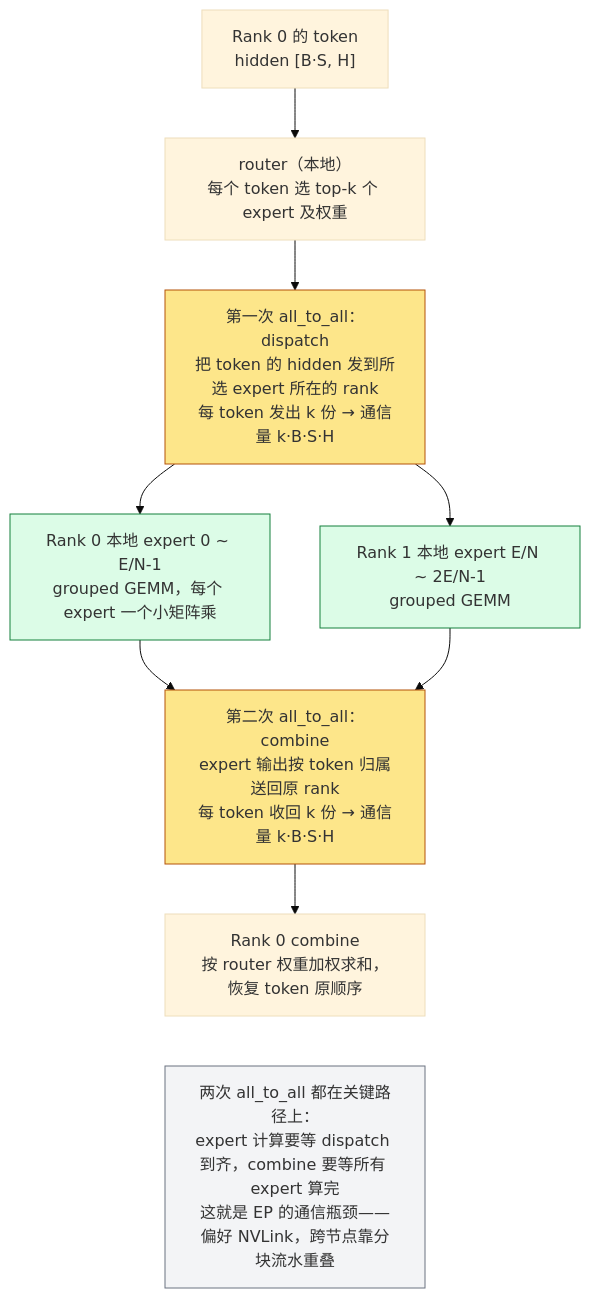
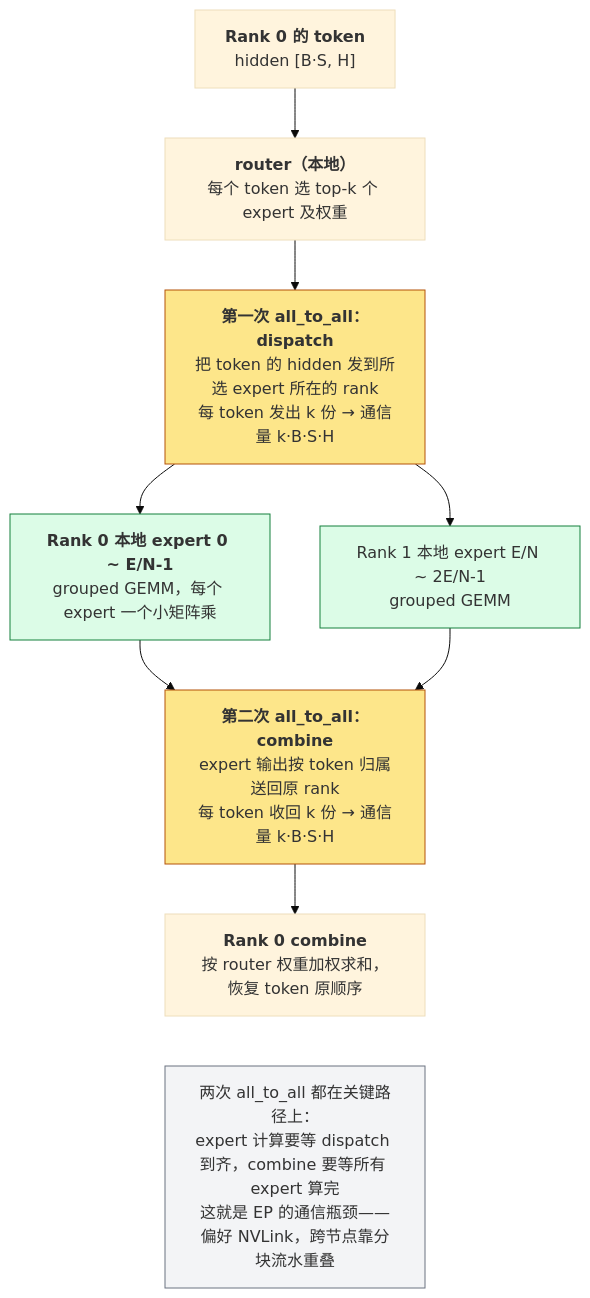
The third of 6 diagrams in _posts/2026-02-25-pytorch-distributed-training.md (arganzheng/arganzheng.github.com), drawn with Mermaid (base theme) before and after one commit. The commit also changed other lines of this file and 10 other files, not shown here.

First line of the commit message:
PyTorch 深度实践：从 Tensor 到深度学习运行时：Mermaid 多行方框的首行标为标题（11 篇）

````diff
--- a/_posts/2026-02-25-pytorch-distributed-training.md
+++ b/_posts/2026-02-25-pytorch-distributed-training.md
@@ -1007,25 +1007,25 @@
 ```mermaid
 %% 图：EP 中一批 token 的路径：router 选 expert，两次 all_to_all 分别做 dispatch 与 combine，都在关键路径上
 flowchart TB
-    T0["Rank 0 的 token<br/>hidden #91;B·S, H#93;"]
-    R0["router（本地）<br/>每个 token 选 top-k 个 expert 及权重"]
-    A2A1["第一次 all_to_all：dispatch<br/>把 token 的 hidden 发到所选 expert 所在的 rank<br/>每 token 发出 k 份 → 通信量 k·B·S·H"]
-    E0["Rank 0 本地 expert 0 ~ E/N-1<br/>grouped GEMM，每个 expert 一个小矩阵乘"]
+    T0["<b>Rank 0 的 token</b><br/>hidden #91;B·S, H#93;"]
+    R0["<b>router（本地）</b><br/>每个 token 选 top-k 个 expert 及权重"]
+    A2A1["<b>第一次 all_to_all：dispatch</b><br/>把 token 的 hidden 发到所选 expert 所在的 rank<br/>每 token 发出 k 份 → 通信量 k·B·S·H"]
+    E0["<b>Rank 0 本地 expert 0 ~ E/N-1</b><br/>grouped GEMM，每个 expert 一个小矩阵乘"]
     E1["Rank 1 本地 expert E/N ~ 2E/N-1<br/>grouped GEMM"]
-    A2A2["第二次 all_to_all：combine<br/>expert 输出按 token 归属送回原 rank<br/>每 token 收回 k 份 → 通信量 k·B·S·H"]
-    C0["Rank 0 combine<br/>按 router 权重加权求和，恢复 token 原顺序"]
+    A2A2["<b>第二次 all_to_all：combine</b><br/>expert 输出按 token 归属送回原 rank<br/>每 token 收回 k 份 → 通信量 k·B·S·H"]
+    C0["<b>Rank 0 combine</b><br/>按 router 权重加权求和，恢复 token 原顺序"]
     BOTTLE["两次 all_to_all 都在关键路径上：<br/>expert 计算要等 dispatch 到齐，combine 要等所有 expert 算完<br/>这就是 EP 的通信瓶颈——偏好 NVLink，跨节点靠分块流水重叠"]
     T0 --> R0 --> A2A1
     A2A1 --> E0
     A2A1 --> E1
     E0 --> A2A2
     E1 --> A2A2
     A2A2 --> C0
     C0 ~~~ BOTTLE
     classDef comm fill:#fde68a,stroke:#b45309;
     classDef expert fill:#dcfce7,stroke:#15803d;
     classDef remark fill:#f3f4f6,stroke:#6b7280;
     class A2A1,A2A2 comm;
     class E0,E1 expert;
     class BOTTLE remark;
 ```
````
